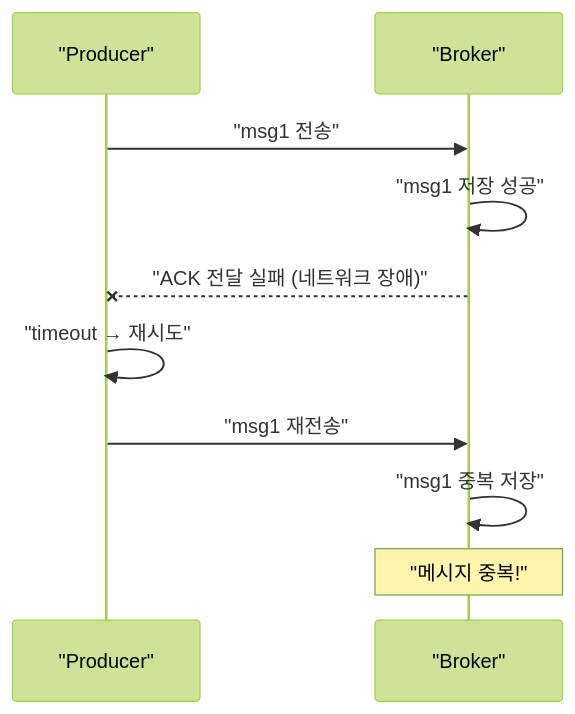
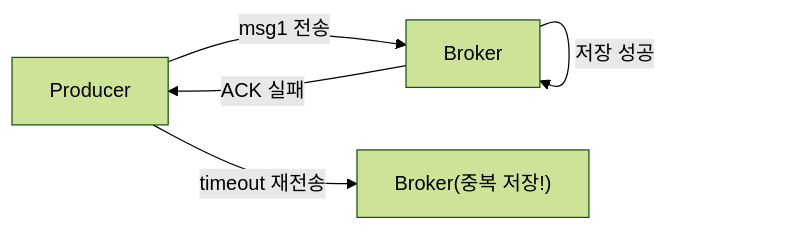
One commit to yjkim2015/yjkim2015.github.io changed the third of 4 diagrams in _posts/kafka/2026-05-01-kafka-producer-deep.md. Above: the diagram before and after it, drawn with Mermaid (forest theme). The commit also changed 163 other files, not shown here.

First line of the commit message:
Mermaid 300개 블록 내용 축소: 5노드 5엣지 이하, 의미 있는 약어

````diff
--- a/_posts/kafka/2026-05-01-kafka-producer-deep.md
+++ b/_posts/kafka/2026-05-01-kafka-producer-deep.md
@@ -181,12 +181,7 @@
 ```mermaid
-sequenceDiagram
-    participant P as "Producer"
-    participant B as "Broker"
-    P ->> B: "msg1 전송"
-    B ->> B: "msg1 저장 성공"
-    B --x P: "ACK 전달 실패 (네트워크 장애)"
-    P ->> P: "timeout → 재시도"
-    P ->> B: "msg1 재전송"
-    B ->> B: "msg1 중복 저장"
-    Note over B: "메시지 중복!"
+graph LR
+    P["Producer"] -->|msg1 전송| B["Broker"]
+    B -->|저장 성공| B
+    B -->|ACK 실패| P
+    P -->|timeout 재전송| B2["Broker(중복 저장!)"]
 ```
````
